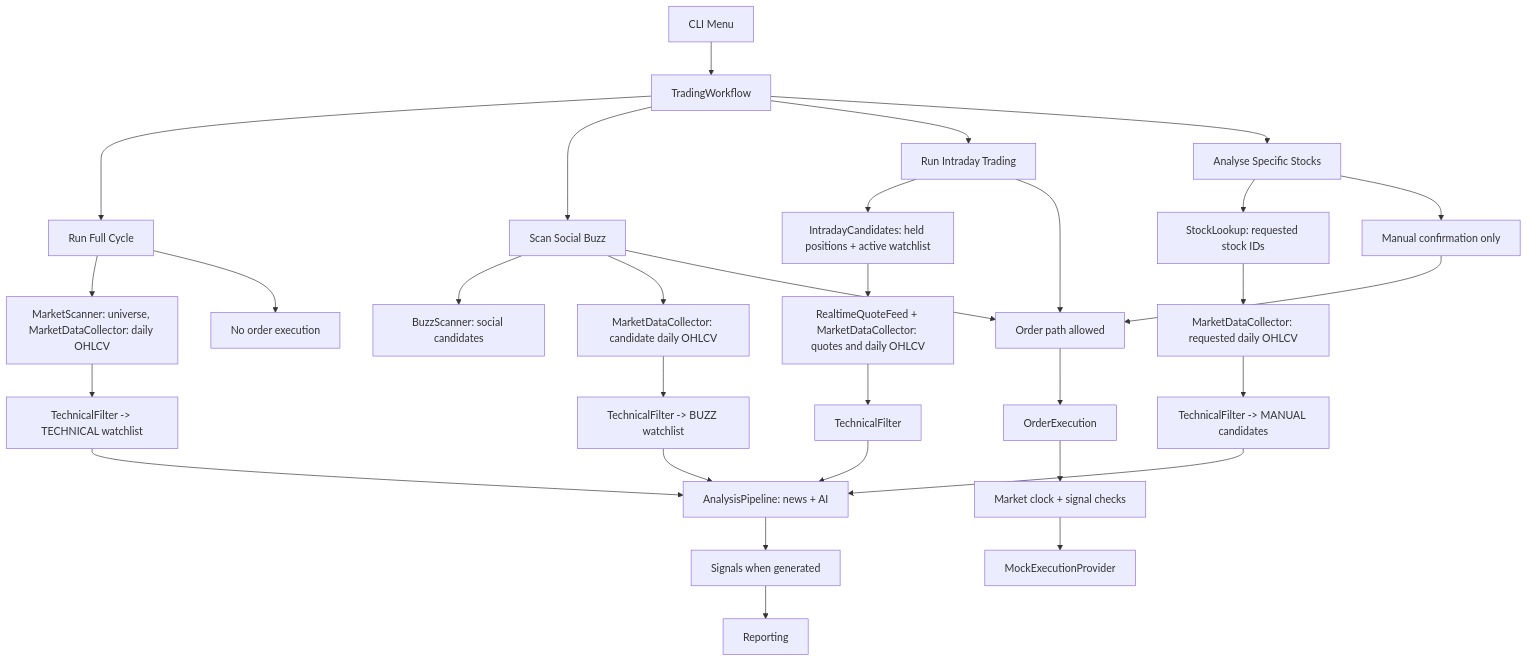
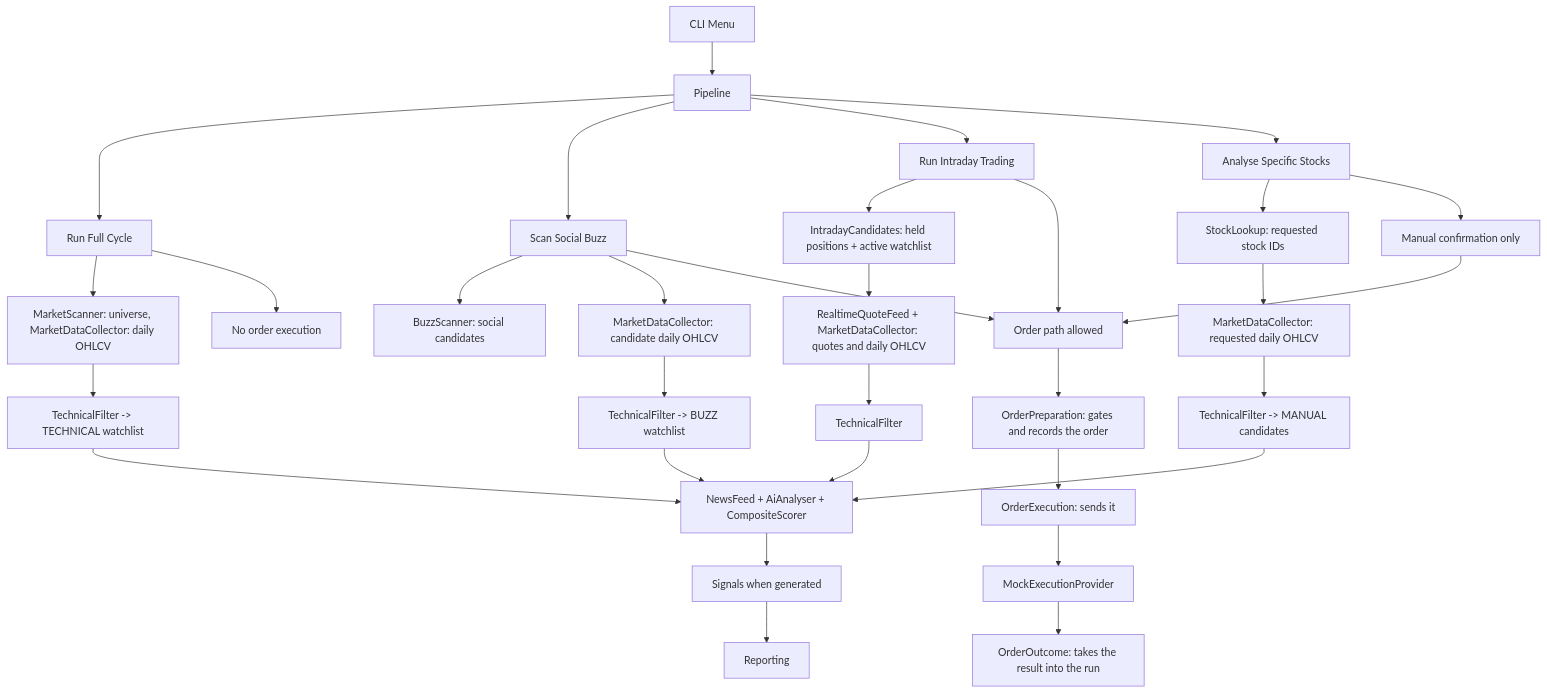
The diagram in README.md (doluludadada/stock-agent), drawn with Mermaid before and after one commit. The commit also changed other lines of this file and 6 other files, not shown here.

````diff
--- a/README.md
+++ b/README.md
@@ -100,39 +99,40 @@
 ```mermaid
 flowchart TD
-    CLI[CLI Menu] --> WF[TradingWorkflow]
+    CLI[CLI Menu] --> WF[Pipeline]
 
     WF --> FULL[Run Full Cycle]
     WF --> BUZZ[Scan Social Buzz]
     WF --> DAY[Run Intraday Trading]
     WF --> ONE[Analyse Specific Stocks]
 
     FULL --> MS1[MarketScanner: universe, MarketDataCollector: daily OHLCV]
     BUZZ --> BS[BuzzScanner: social candidates]
     BUZZ --> MS2[MarketDataCollector: candidate daily OHLCV]
     DAY --> LOAD[IntradayCandidates: held positions + active watchlist]
     LOAD --> MS3[RealtimeQuoteFeed + MarketDataCollector: quotes and daily OHLCV]
     ONE --> STOCK[StockLookup: requested stock IDs]
     STOCK --> MS4[MarketDataCollector: requested daily OHLCV]
 
     MS1 --> TF1[TechnicalFilter -> TECHNICAL watchlist]
     MS2 --> TF2[TechnicalFilter -> BUZZ watchlist]
     MS3 --> TF3[TechnicalFilter]
     MS4 --> TF4[TechnicalFilter -> MANUAL candidates]
 
-    TF1 --> AP[AnalysisPipeline: news + AI]
+    TF1 --> AP[NewsFeed + AiAnalyser + CompositeScorer]
     TF2 --> AP
     TF3 --> AP
     TF4 --> AP
 
     AP --> SIG[Signals when generated]
     SIG --> REP[Reporting]
 
     FULL --> NOORDER[No order execution]
     BUZZ --> ORDERABLE[Order path allowed]
     DAY --> ORDERABLE
     ONE --> MANUAL[Manual confirmation only]
     MANUAL --> ORDERABLE
-    ORDERABLE --> ORDER[OrderExecution]
-    ORDER --> CLOCK[Market clock + signal checks]
-    CLOCK --> MOCK[MockExecutionProvider]
+    ORDERABLE --> PREP[OrderPreparation: gates and records the order]
+    PREP --> ORDER[OrderExecution: sends it]
+    ORDER --> MOCK[MockExecutionProvider]
+    MOCK --> OUT[OrderOutcome: takes the result into the run]
 ```
````
